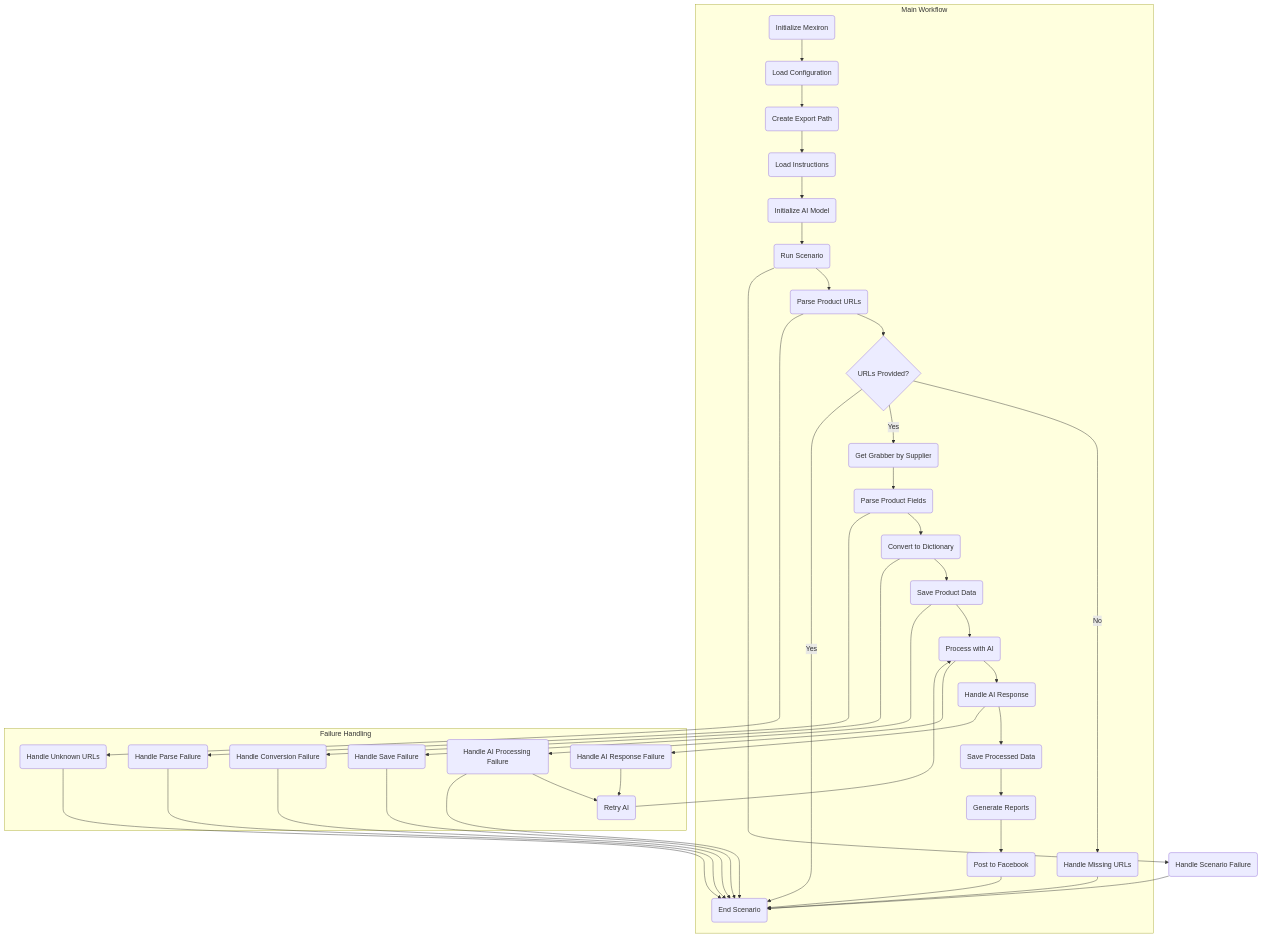
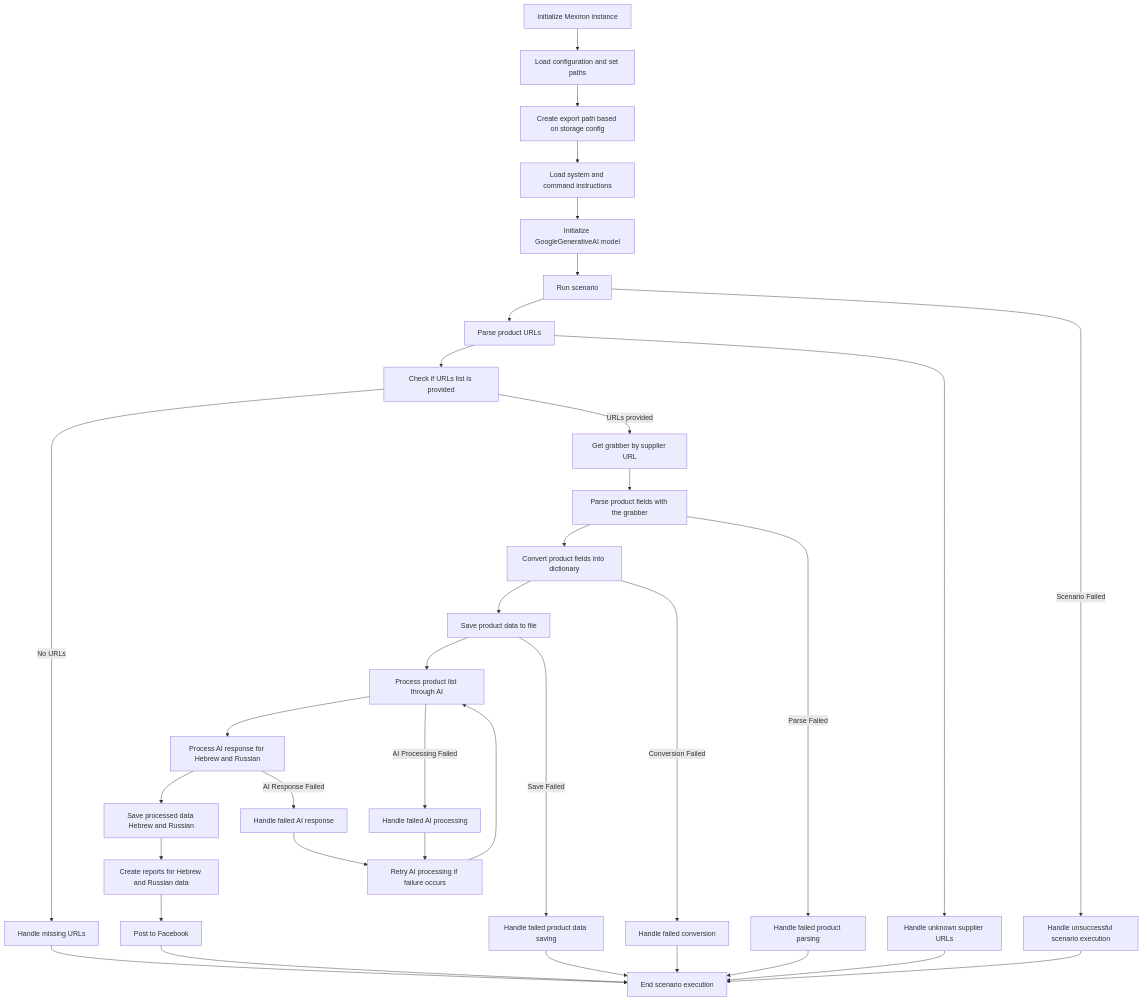
Before and after one commit to hypo69/hypo: the diagram in docs/gemini/ru/explainer/src/endpoints/kazarinov/scenarios/mermaid/scenario_pricelist.mmd.md, drawn with Mermaid. The commit also changed other lines of this file and 98 other files, not shown here.

````diff
--- a/docs/gemini/ru/explainer/src/endpoints/kazarinov/scenarios/mermaid/scenario_pricelist.mmd.md
+++ b/docs/gemini/ru/explainer/src/endpoints/kazarinov/scenarios/mermaid/scenario_pricelist.mmd.md
@@ -63,45 +48,38 @@
 ```mermaid
 flowchart TD
-    subgraph Main Workflow
-        InitMexiron(Initialize Mexiron) --> LoadConfig(Load Configuration);
-        LoadConfig --> CreateExportPath(Create Export Path);
-        CreateExportPath --> LoadInstructions(Load Instructions);
-        LoadInstructions --> InitializeAI(Initialize AI Model);
-        InitializeAI --> RunScenario(Run Scenario);
-        RunScenario --> ParseURLs(Parse Product URLs);
-        ParseURLs --> CheckURLs{URLs Provided?};
-        CheckURLs -- No --> HandleMissingURLs(Handle Missing URLs);
-        CheckURLs -- Yes --> GetGrabber(Get Grabber by Supplier);
-        GetGrabber --> ParseFields(Parse Product Fields);
-        ParseFields --> ConvertToDict(Convert to Dictionary);
-        ConvertToDict --> SaveToFile(Save Product Data);
-        SaveToFile --> ProcessWithAI(Process with AI);
-        ProcessWithAI --> HandleAIResponse(Handle AI Response);
-        HandleAIResponse --> SaveProcessedData(Save Processed Data);
-        SaveProcessedData --> GenerateReports(Generate Reports);
-        GenerateReports --> PostToFacebook(Post to Facebook);
-        PostToFacebook --> EndScenario(End Scenario);
-    end
-
-    subgraph Failure Handling
-    ParseURLs --> HandleUnknownSupplierURLs(Handle Unknown URLs);
-        HandleUnknownSupplierURLs --> EndScenario;
-        HandleMissingURLs --> EndScenario;
-        CheckURLs -- Yes --> EndScenario;
-        ParseFields --> HandleParseFailure(Handle Parse Failure);
-        HandleParseFailure --> EndScenario;
-        ConvertToDict --> HandleConversionFailure(Handle Conversion Failure);
-        HandleConversionFailure --> EndScenario;
-        SaveToFile --> HandleSaveFailure(Handle Save Failure);
-        HandleSaveFailure --> EndScenario;
-        ProcessWithAI --> HandleAIProcessingFailure(Handle AI Processing Failure);
-        HandleAIProcessingFailure --> RetryAI(Retry AI);
-         HandleAIProcessingFailure --> EndScenario;
-        HandleAIResponse --> HandleAIResponseFailure(Handle AI Response Failure);
-         HandleAIResponseFailure --> RetryAI;
-        RetryAI --> ProcessWithAI;
-    end
-        RunScenario --> HandleScenarioFailure(Handle Scenario Failure);
-        HandleScenarioFailure --> EndScenario;
+    InitMexiron[Initialize Mexiron instance] --> LoadConfig[Load configuration and set paths]
+    LoadConfig --> CreateExportPath[Create export path based on storage config]
+    CreateExportPath --> LoadInstructions[Load system and command instructions]
+    LoadInstructions --> InitializeAI[Initialize GoogleGenerativeAI model]
+    InitializeAI --> RunScenario[Run scenario]
+    RunScenario --> ParseURLs[Parse product URLs]
+    ParseURLs --> CheckURLs[Check if URLs list is provided]
+    CheckURLs -- No URLs --> HandleMissingURLs[Handle missing URLs]
+    CheckURLs -- URLs provided --> GetGrabber[Get grabber by supplier URL]
+    HandleMissingURLs --> EndScenario[End scenario execution]
+    ParseURLs --> HandleUnknownSupplierURLs[Handle unknown supplier URLs]
+    HandleUnknownSupplierURLs --> EndScenario
+    GetGrabber --> ParseFields[Parse product fields with the grabber]
+    ParseFields --> ConvertToDict[Convert product fields into dictionary]
+    ParseFields -- Parse Failed --> HandleParseFailure[Handle failed product parsing]
+    HandleParseFailure --> EndScenario
+    ConvertToDict --> SaveToFile[Save product data to file]
+    ConvertToDict -- Conversion Failed --> HandleConversionFailure[Handle failed conversion]
+    HandleConversionFailure --> EndScenario
+    SaveToFile --> ProcessWithAI[Process product list through AI]
+    SaveToFile -- Save Failed --> HandleSaveFailure[Handle failed product data saving]
+    HandleSaveFailure --> EndScenario
+    ProcessWithAI --> HandleAIResponse[Process AI response for Hebrew and Russian]
+    ProcessWithAI -- AI Processing Failed --> HandleAIProcessingFailure[Handle failed AI processing]
+    HandleAIProcessingFailure --> RetryAI[Retry AI processing if failure occurs]
+    RetryAI --> ProcessWithAI
+    HandleAIResponse --> SaveProcessedData[Save processed data Hebrew and Russian]
+    HandleAIResponse -- AI Response Failed --> HandleAIResponseFailure[Handle failed AI response]
+    HandleAIResponseFailure --> RetryAI
+    SaveProcessedData --> GenerateReports[Create reports for Hebrew and Russian data]
+    GenerateReports --> PostToFacebook[Post to Facebook]
+    PostToFacebook --> EndScenario
+    RunScenario -- Scenario Failed --> HandleScenarioFailure[Handle unsuccessful scenario execution]
+    HandleScenarioFailure --> EndScenario
 
 ```
````
